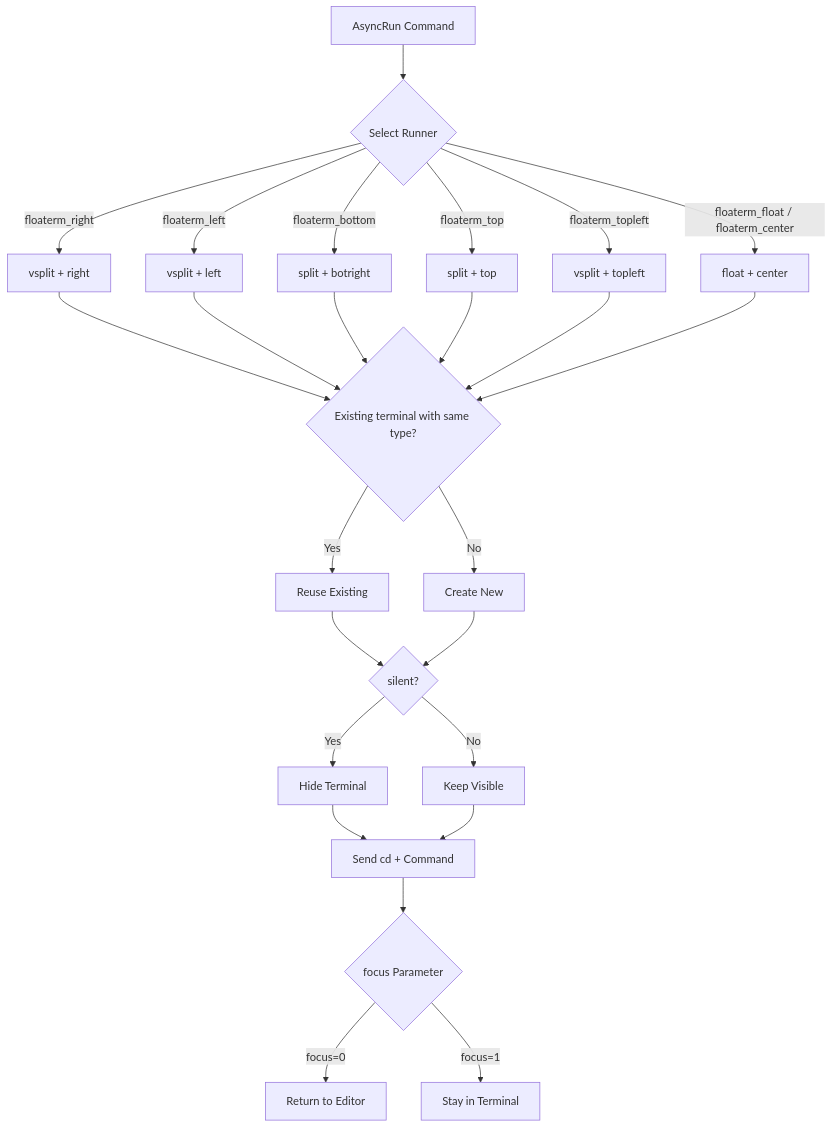
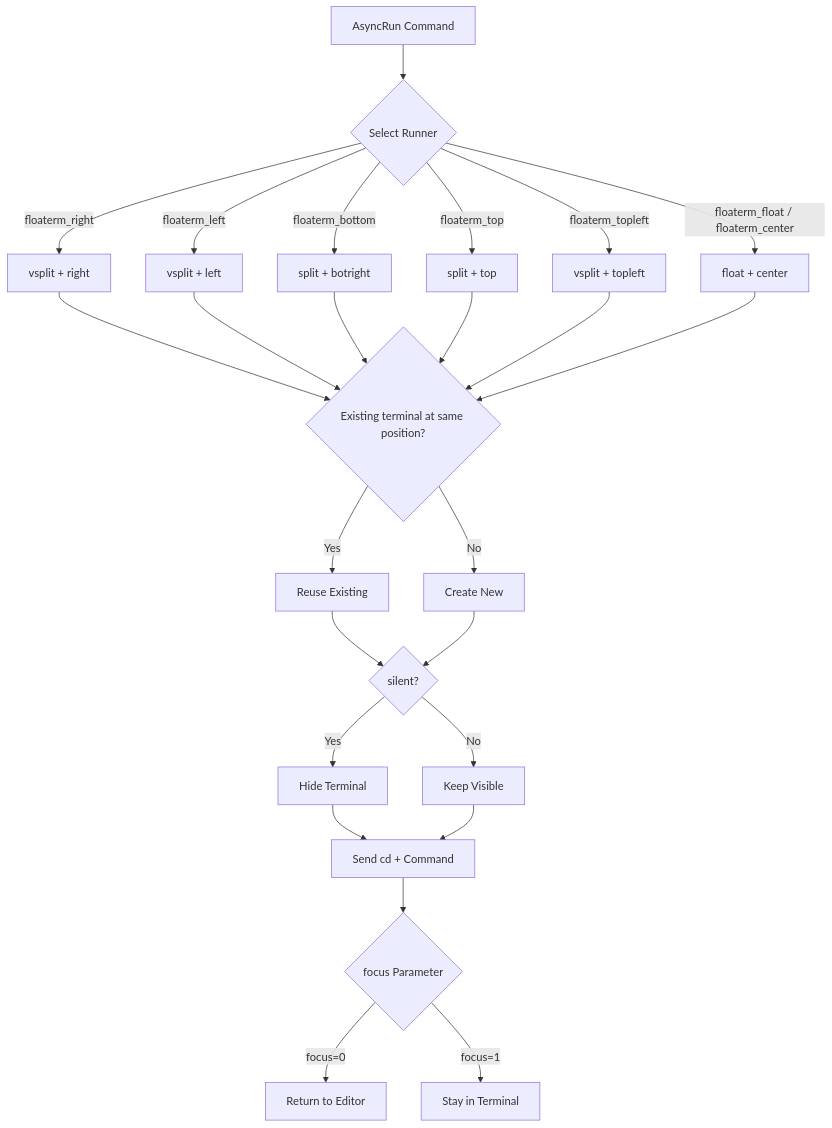
Before and after one commit to leoatchina/vim-floaterm-enhance: the fifth of 5 diagrams in README.md, drawn with Mermaid. The commit also changed other lines of this file and 2 other files, not shown here.

First line of the commit message:
refactor(asyncrun): reuse existing floaterm by runner position

````diff
--- a/README.md
+++ b/README.md
@@ -367,27 +367,27 @@
 ```mermaid
 graph TB
     AsyncRun[AsyncRun Command] --> SelectType{Select Runner}
     SelectType -->|floaterm_right| Right[vsplit + right]
     SelectType -->|floaterm_left| Left[vsplit + left]
     SelectType -->|floaterm_bottom| Bottom[split + botright]
     SelectType -->|floaterm_top| Top[split + top]
     SelectType -->|floaterm_topleft| TopLeft[vsplit + topleft]
     SelectType -->|floaterm_float / floaterm_center| Float[float + center]
-    Right --> FindExist{Existing terminal with same type?}
+    Right --> FindExist{Existing terminal at same position?}
     Left --> FindExist
     Bottom --> FindExist
     Top --> FindExist
     TopLeft --> FindExist
     Float --> FindExist
     FindExist -->|Yes| OpenExist[Reuse Existing]
     FindExist -->|No| CreateNew[Create New]
     OpenExist --> Silent{silent?}
     CreateNew --> Silent
     Silent -->|Yes| Hide[Hide Terminal]
     Silent -->|No| Visible[Keep Visible]
     Hide --> SendCmd[Send cd + Command]
     Visible --> SendCmd
     SendCmd --> FocusCheck{focus Parameter}
     FocusCheck -->|focus=0| BackEditor[Return to Editor]
     FocusCheck -->|focus=1| InTerm[Stay in Terminal]
 ```
````
